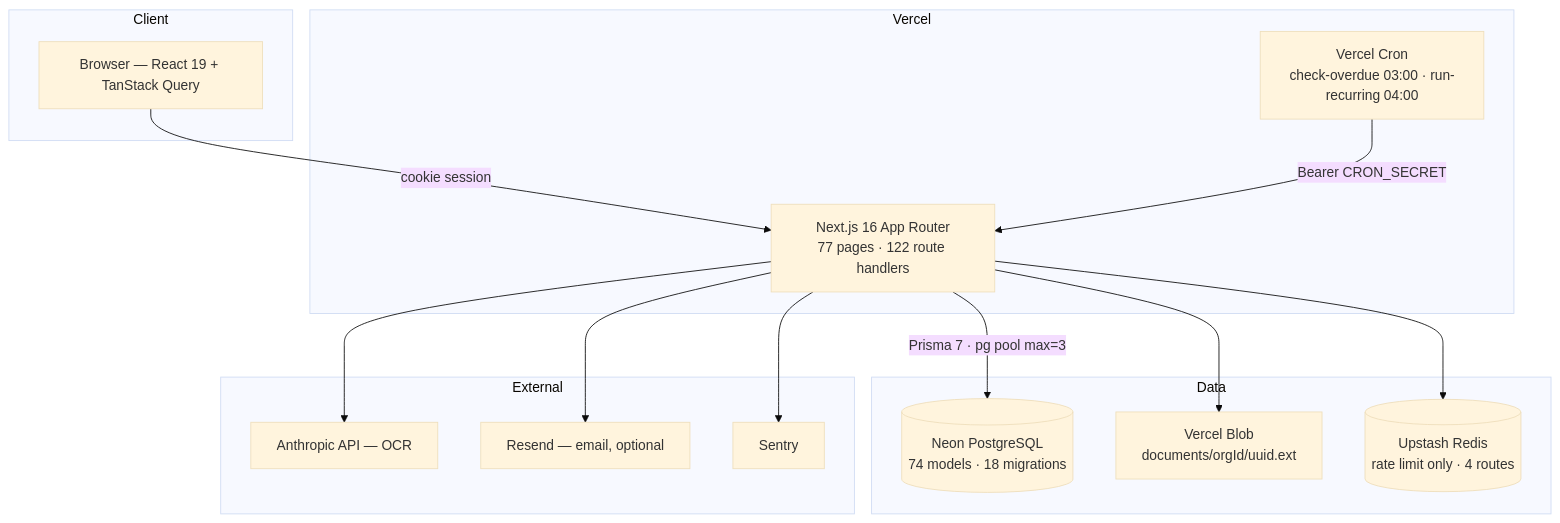
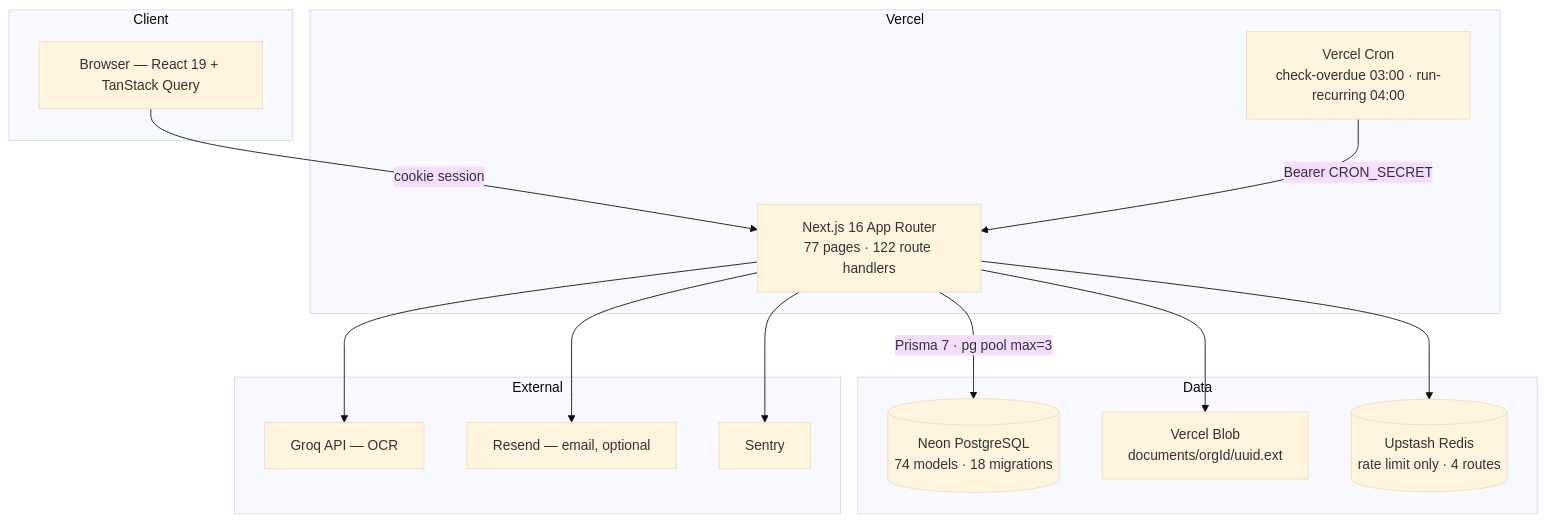
Before and after one commit to Tatu1984/accubook: the second of 36 diagrams in docs/Architecture.md, drawn with Mermaid (base theme). The commit also changed other lines of this file and 1 other file, not shown here.

Commit message:
docs: OCR design is added in the documentation

````diff
--- a/docs/Architecture.md
+++ b/docs/Architecture.md
@@ -321,28 +321,28 @@
 ```mermaid
 graph TB
     subgraph Client
         BR[Browser — React 19 + TanStack Query]
     end
     subgraph Vercel
         NX[Next.js 16 App Router<br/>77 pages · 122 route handlers]
         CR[Vercel Cron<br/>check-overdue 03:00 · run-recurring 04:00]
     end
     subgraph Data
         NE[(Neon PostgreSQL<br/>74 models · 18 migrations)]
         BL[Vercel Blob<br/>documents/orgId/uuid.ext]
         UP[(Upstash Redis<br/>rate limit only · 4 routes)]
     end
     subgraph External
-        AN[Anthropic API — OCR]
+        AN[Groq API — OCR]
         RE[Resend — email, optional]
         SE[Sentry]
     end
     BR -->|cookie session| NX
     NX -->|"Prisma 7 · pg pool max=3"| NE
     NX --> BL
     NX --> UP
     NX --> AN
     NX --> RE
     NX --> SE
     CR -->|"Bearer CRON_SECRET"| NX
 ```
````
